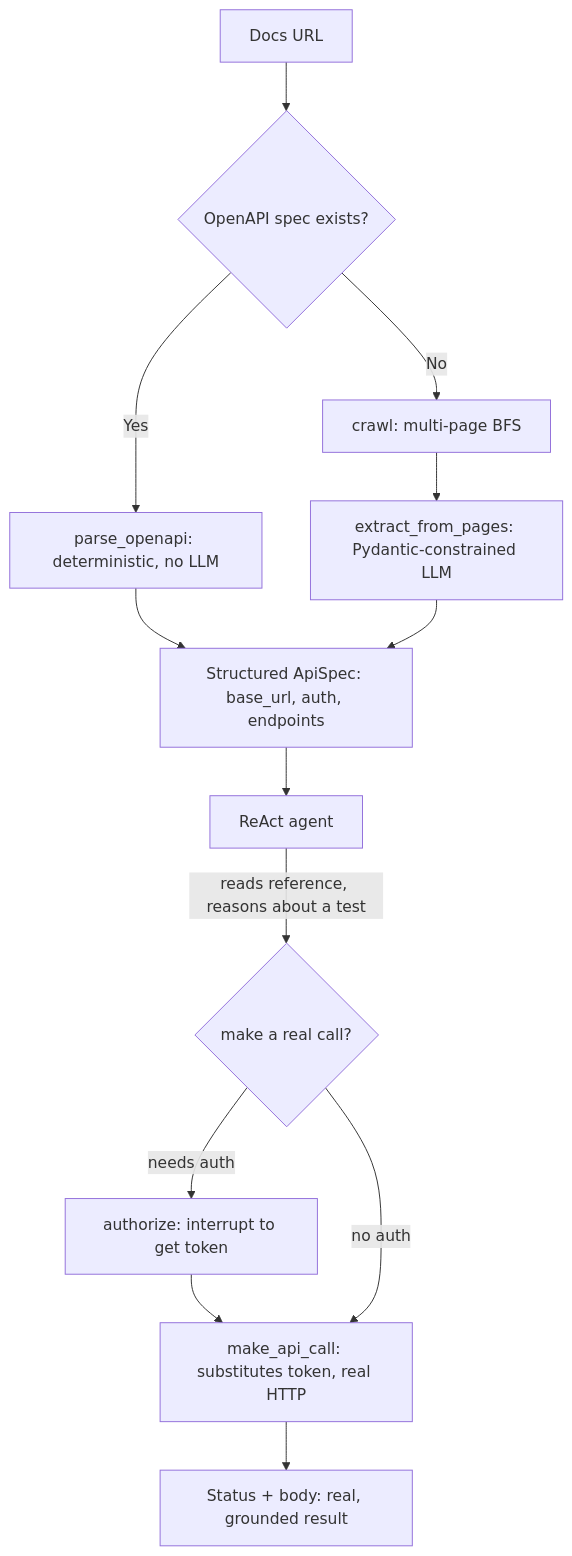
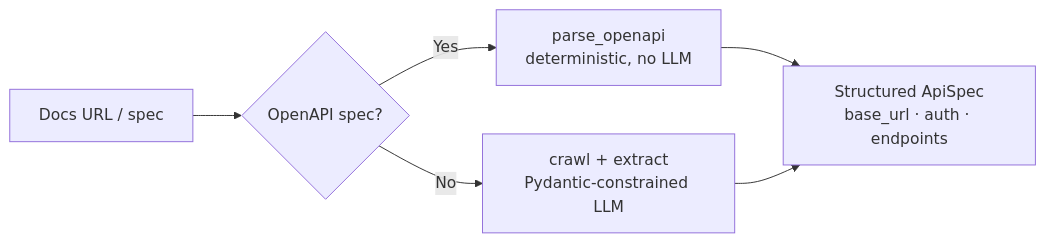
One commit to qihuileong/saas-onboarding-agent changed the first of 2 diagrams in README.md. Above: the diagram before and after it, drawn with Mermaid. The commit also changed other lines of this file and 5 other files, not shown here.

````diff
--- a/README.md
+++ b/README.md
@@ -51,15 +21,8 @@
 ```mermaid
-flowchart TD
-    U[Docs URL] --> R{OpenAPI spec exists?}
-    R -->|Yes| P[parse_openapi: deterministic, no LLM]
-    R -->|No| C[crawl: multi-page BFS]
-    C --> E[extract_from_pages: Pydantic-constrained LLM]
-    P --> S[Structured ApiSpec: base_url, auth, endpoints]
-    E --> S
-    S --> A[ReAct agent]
-    A -->|reads reference, reasons about a test| T{make a real call?}
-    T -->|needs auth| Z[authorize: interrupt to get token]
-    Z --> M[make_api_call: substitutes token, real HTTP]
-    T -->|no auth| M
-    M --> O[Status + body: real, grounded result]
+flowchart LR
+    U[Docs URL / spec] --> R{OpenAPI spec?}
+    R -->|Yes| P[parse_openapi<br/>deterministic, no LLM]
+    R -->|No| C[crawl + extract<br/>Pydantic-constrained LLM]
+    P --> S[Structured ApiSpec<br/>base_url · auth · endpoints]
+    C --> S
 ```
````
